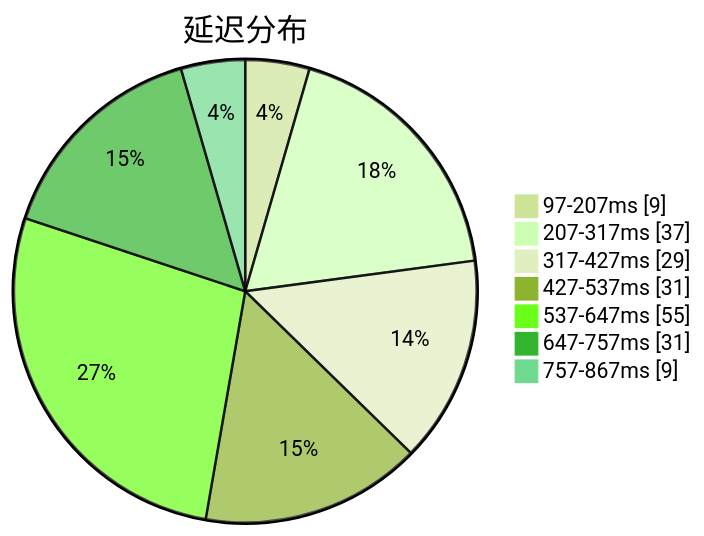
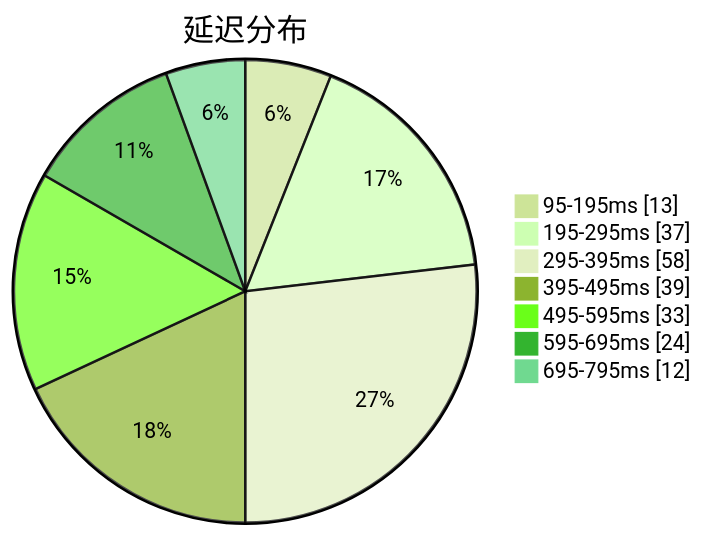
The first of 3 diagrams in subs/statistics/tested_within.md (sinspired/airport), drawn with Mermaid (forest theme) before and after one commit. The commit also changed other lines of this file and 2 other files, not shown here.

````diff
--- a/subs/statistics/tested_within.md
+++ b/subs/statistics/tested_within.md
@@ -2,11 +2,11 @@
 ```mermaid
 pie showData
 title 延迟分布
-"97-207ms" : 9
-"207-317ms" : 37
-"317-427ms" : 29
-"427-537ms" : 31
-"537-647ms" : 55
-"647-757ms" : 31
-"757-867ms" : 9
+"95-195ms" : 13
+"195-295ms" : 37
+"295-395ms" : 58
+"395-495ms" : 39
+"495-595ms" : 33
+"595-695ms" : 24
+"695-795ms" : 12
 ```
````
